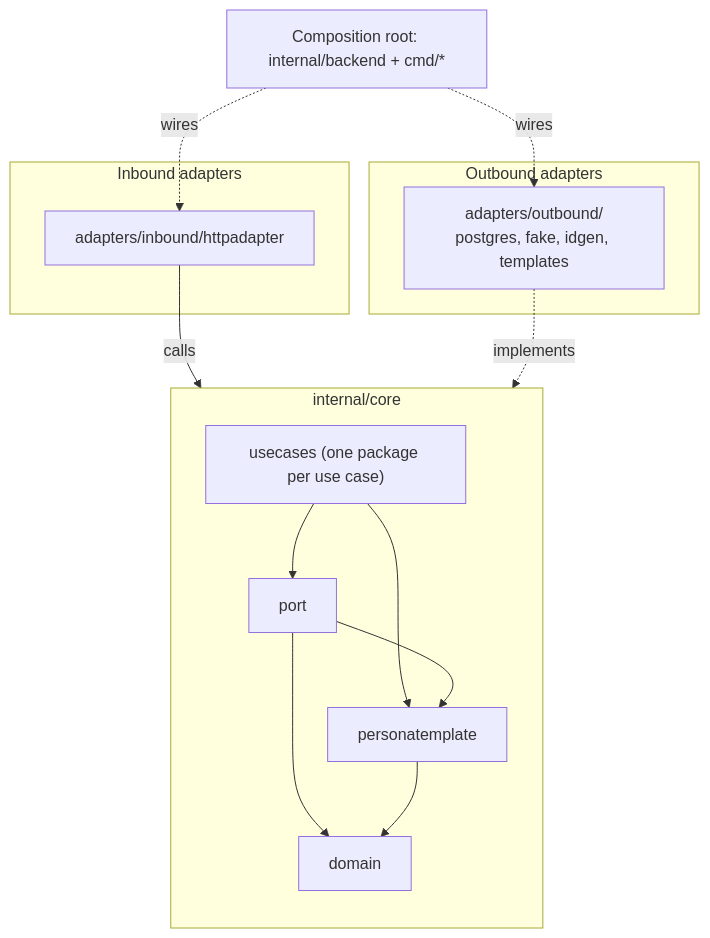
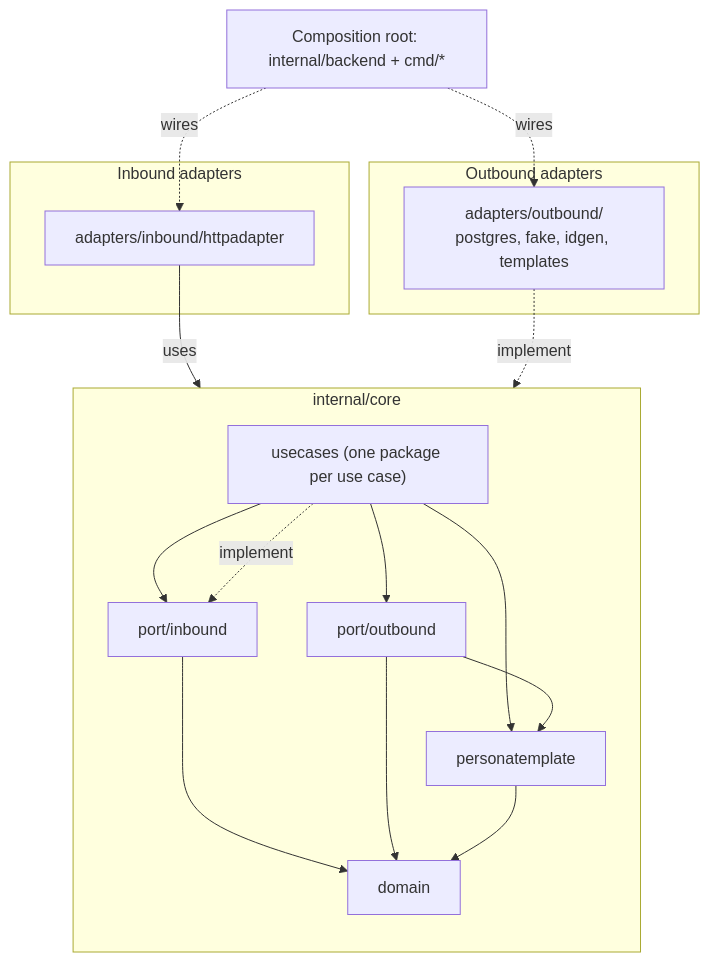
The diagram in backend/docs/ARCHITECTURE.md (TimoSto/tax-return-organizer), drawn with Mermaid before and after one commit. The commit also changed other lines of this file and 44 other files, not shown here.

First line of the commit message:
refactor: add explicit inbound ports and split core/port into inbound/outbound (#67)

````diff
--- a/backend/docs/ARCHITECTURE.md
+++ b/backend/docs/ARCHITECTURE.md
@@ -9,30 +9,34 @@
 ```mermaid
 flowchart TB
     subgraph IN["Inbound adapters"]
         http["adapters/inbound/httpadapter"]
     end
 
     subgraph CORE["internal/core"]
         direction TB
         usecases["usecases (one package per use case)"]
-        port["port"]
+        inbound["port/inbound"]
+        outbound["port/outbound"]
         pt["personatemplate"]
         domain["domain"]
-        usecases --> port
+        usecases --> inbound
+        usecases --> outbound
         usecases --> pt
-        port --> pt
-        port --> domain
+        inbound --> domain
+        outbound --> pt
+        outbound --> domain
         pt --> domain
     end
 
     subgraph OUT["Outbound adapters"]
         out["adapters/outbound/<br/>postgres, fake, idgen, templates"]
     end
 
     root["Composition root: internal/backend + cmd/*"]
 
-    http -->|calls| usecases
-    out -.->|implements| port
+    http -->|uses| inbound
+    usecases -.->|implement| inbound
+    out -.->|implement| outbound
     root -.->|wires| http
     root -.->|wires| out
 ```
````
